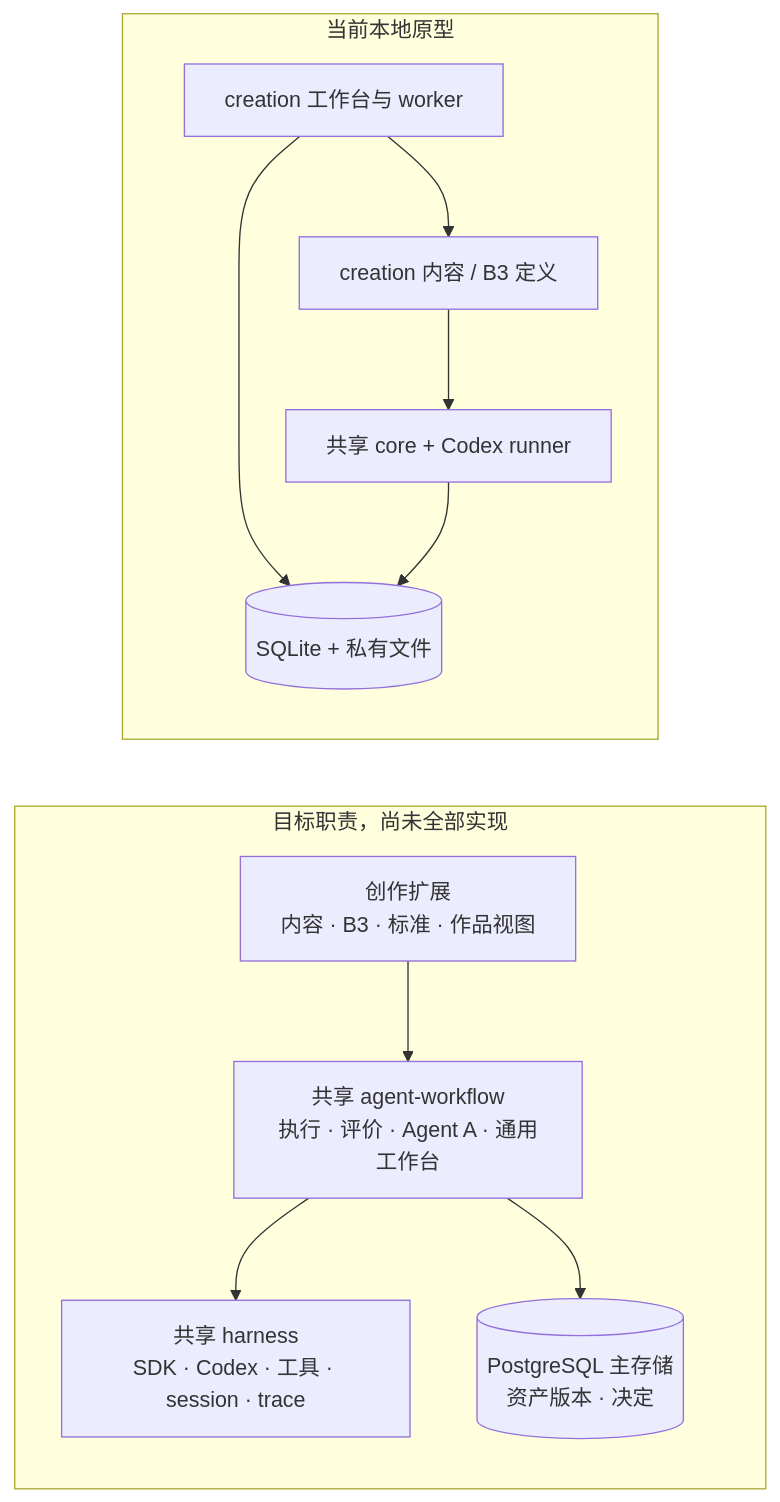
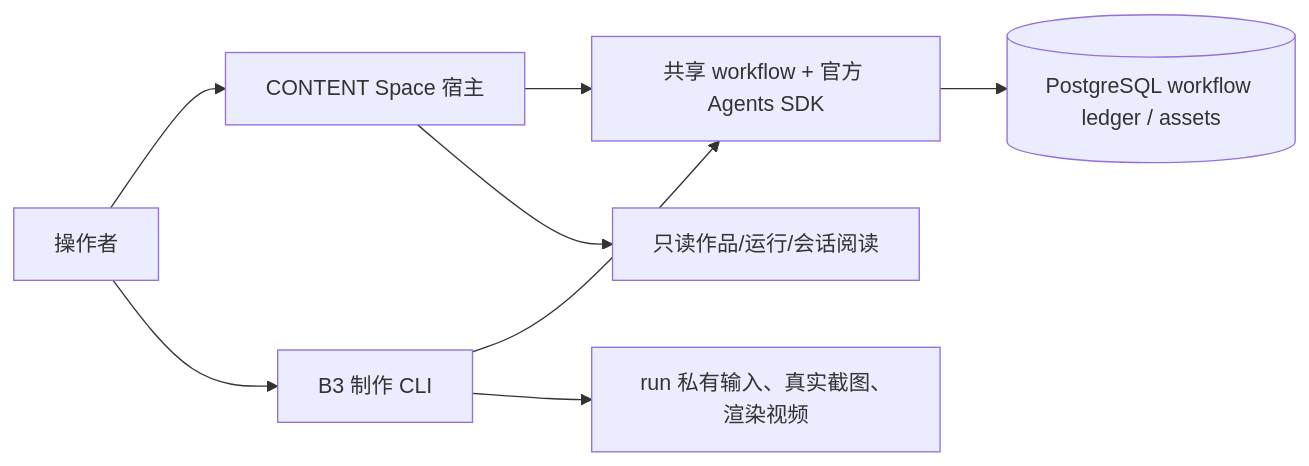
Before and after one commit to cyl19970726/creator-lab: the diagram in workbenches/creation/docs/03-architecture/README.md, drawn with Mermaid. The commit also changed other lines of this file and 252 other files, not shown here.

Commit message:
Migrate all workbenches to PostgreSQL and official Agents SDK

````diff
--- a/workbenches/creation/docs/03-architecture/README.md
+++ b/workbenches/creation/docs/03-architecture/README.md
@@ -5,14 +5,10 @@
 ```mermaid
 flowchart LR
-  subgraph TARGET[目标职责，尚未全部实现]
-    C[创作扩展<br/>内容 · B3 · 标准 · 作品视图] --> A[共享 agent-workflow<br/>执行 · 评价 · Agent A · 通用工作台]
-    A --> H[共享 harness<br/>SDK · Codex · 工具 · session · trace]
-    A --> P[(PostgreSQL 主存储<br/>资产版本 · 决定)]
-  end
-  subgraph NOW[当前本地原型]
-    W[creation 工作台与 worker] --> D[creation 内容 / B3 定义]
-    D --> S[共享 core + Codex runner]
-    W --> L[(SQLite + 私有文件)]
-    S --> L
-  end
+  U[操作者] --> C[CONTENT Space 宿主]
+  U --> B[B3 制作 CLI]
+  C --> H[共享 workflow + 官方 Agents SDK]
+  B --> H
+  H --> PG[(PostgreSQL workflow ledger / assets)]
+  B --> FS[run 私有输入、真实截图、渲染视频]
+  C --> R[只读作品/运行/会话阅读]
 ```
````
